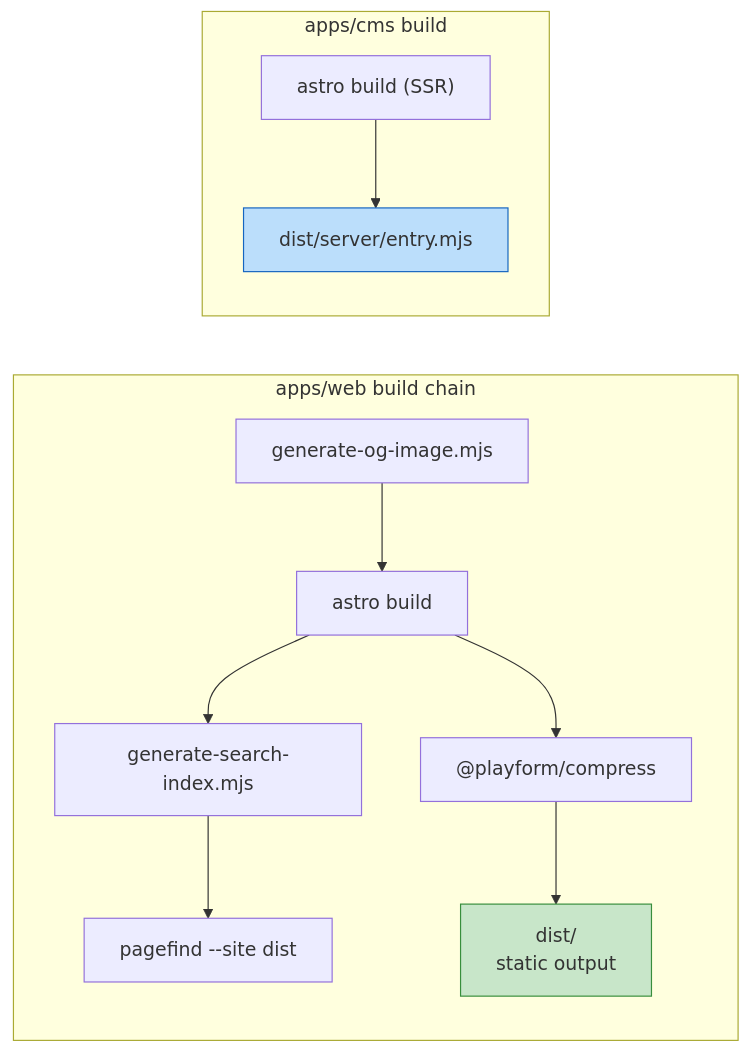
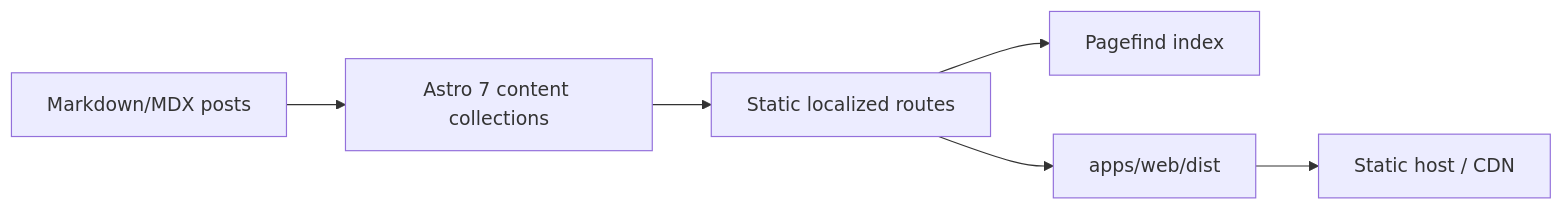
Before and after one commit to dt418/studio-cms: the diagram in docs/reference/architecture.md, drawn with Mermaid. The commit also changed other lines of this file and 90 other files, not shown here.

````diff
--- a/docs/reference/architecture.md
+++ b/docs/reference/architecture.md
@@ -165,27 +7,8 @@
 ```mermaid
-flowchart LR
-    A["generate-og-image.mjs"] --> B["astro build"]
-    B --> C["generate-search-index.mjs"]
-    C --> D["pagefind --site dist"]
-    B --> E["@playform/compress"]
-    E --> F["dist/ <br/>static output"]
-
-    G["astro build (SSR)"] --> H["dist/server/entry.mjs"]
-
-    subgraph Web["apps/web build chain"]
-        A
-        B
-        C
-        D
-        E
-        F
-    end
-
-    subgraph CMS["apps/cms build"]
-        G
-        H
-    end
-
-    style F fill:#c8e6c9,stroke:#388e3c
-    style H fill:#bbdefb,stroke:#1565c0
+graph LR
+  CONTENT["Markdown/MDX posts"] --> ASTRO["Astro 7 content collections"]
+  ASTRO --> ROUTES["Static localized routes"]
+  ROUTES --> SEARCH["Pagefind index"]
+  ROUTES --> DIST["apps/web/dist"]
+  DIST --> CDN["Static host / CDN"]
 ```
````
